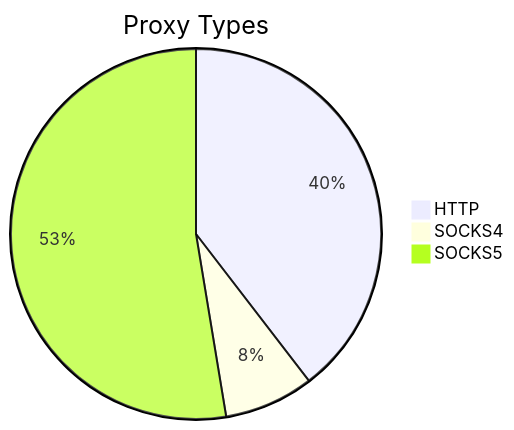
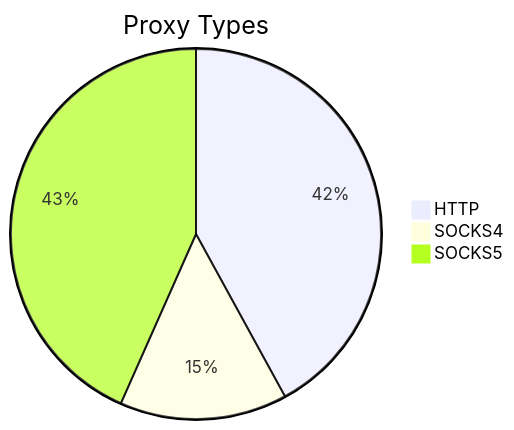
The first of 2 diagrams in README.md (stormsia/proxy-list), drawn with Mermaid before and after one commit. The commit also changed other lines of this file, not shown here.

````diff
--- a/README.md
+++ b/README.md
@@ -21,6 +21,6 @@
 ```mermaid
 pie title Proxy Types
-    "HTTP" : 91
-    "SOCKS4" : 18
-    "SOCKS5" : 121
+    "HTTP" : 158
+    "SOCKS4" : 55
+    "SOCKS5" : 163
 ```
````
